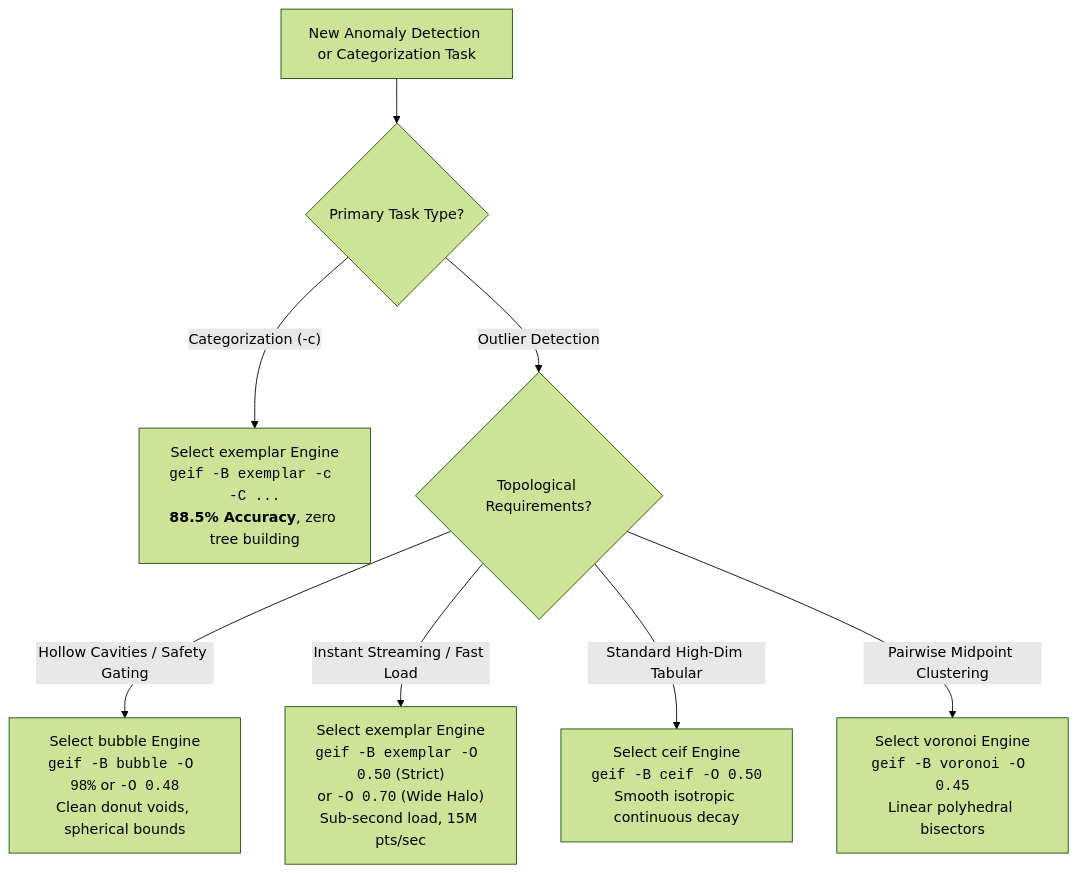
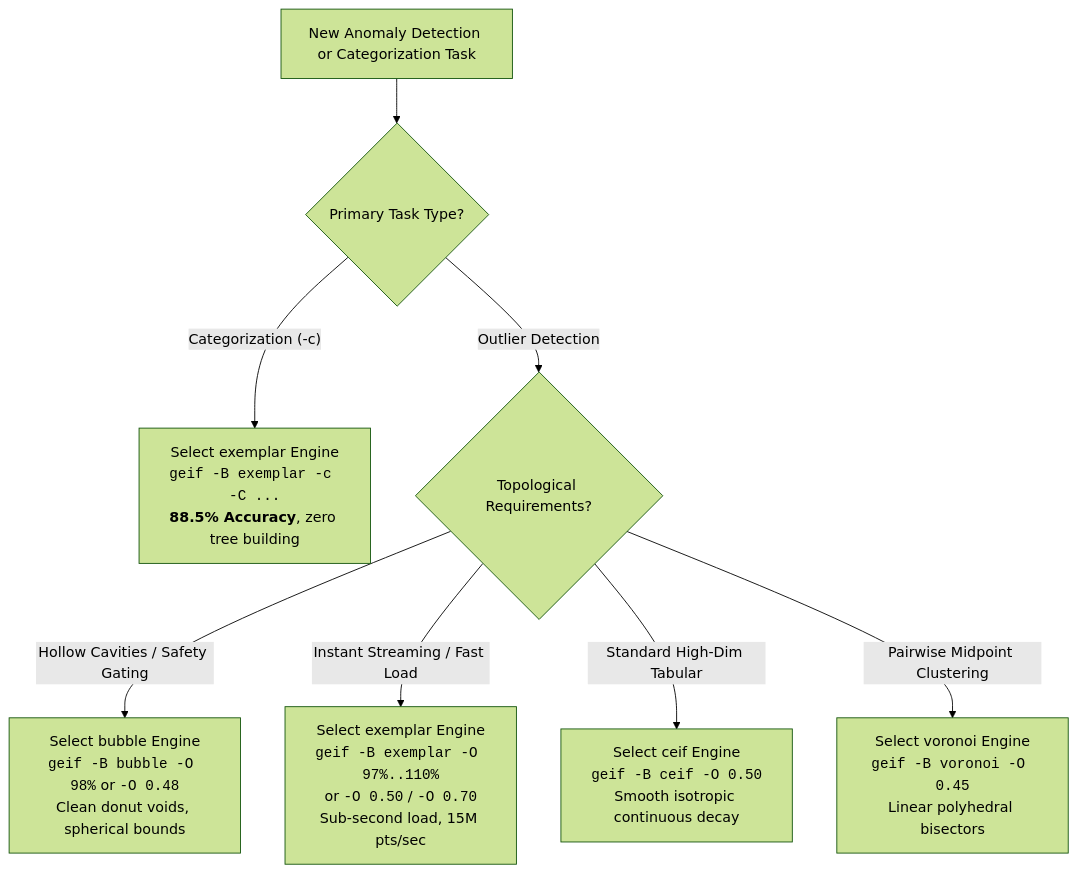
The diagram in docs/algorithm_selection.md (TimoSavi/geif), drawn with Mermaid (forest theme) before and after one commit. The commit also changed other lines of this file and 25 other files, not shown here.

````diff
--- a/docs/algorithm_selection.md
+++ b/docs/algorithm_selection.md
@@ -258,13 +309,13 @@
 ```mermaid
 flowchart TD
     Start["New Anomaly Detection or Categorization Task"] --> TaskType{"Primary Task Type?"}
     
     TaskType -->|"Categorization (-c)"| ExemplarCat["Select exemplar Engine<br/><code>geif -B exemplar -c -C ...</code><br/><b>88.5% Accuracy</b>, zero tree building"]
     
     TaskType -->|"Outlier Detection"| Geometry{"Topological Requirements?"}
     
     Geometry -->|"Hollow Cavities / Safety Gating"| BubbleChoice["Select bubble Engine<br/><code>geif -B bubble -O 98%</code> or <code>-O 0.48</code><br/>Clean donut voids, spherical bounds"]
-    Geometry -->|"Instant Streaming / Fast Load"| ExemplarChoice["Select exemplar Engine<br/><code>geif -B exemplar -O 0.50</code> (Strict)<br/>or <code>-O 0.70</code> (Wide Halo)<br/>Sub-second load, 15M pts/sec"]
+    Geometry -->|"Instant Streaming / Fast Load"| ExemplarChoice["Select exemplar Engine<br/><code>geif -B exemplar -O 97%..110%</code><br/>or <code>-O 0.50</code> / <code>-O 0.70</code><br/>Sub-second load, 15M pts/sec"]
     Geometry -->|"Standard High-Dim Tabular"| CEIFChoice["Select ceif Engine<br/><code>geif -B ceif -O 0.50</code><br/>Smooth isotropic continuous decay"]
     Geometry -->|"Pairwise Midpoint Clustering"| VoronoiChoice["Select voronoi Engine<br/><code>geif -B voronoi -O 0.45</code><br/>Linear polyhedral bisectors"]
 ```
````
